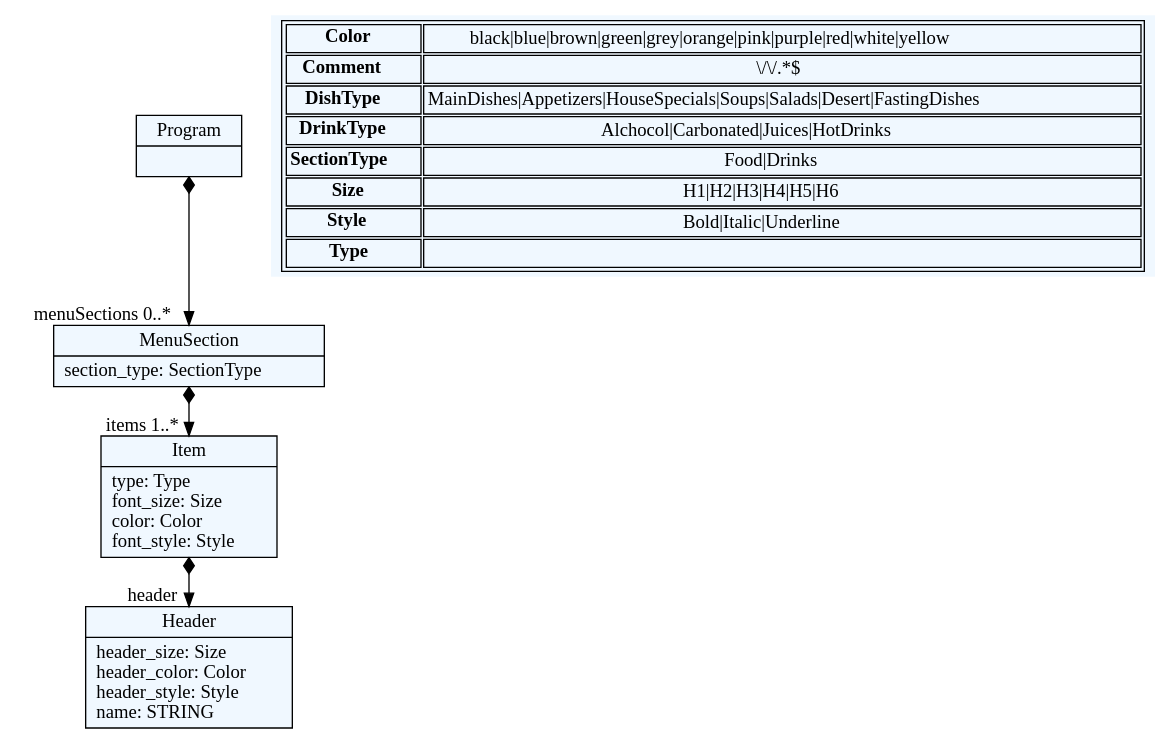
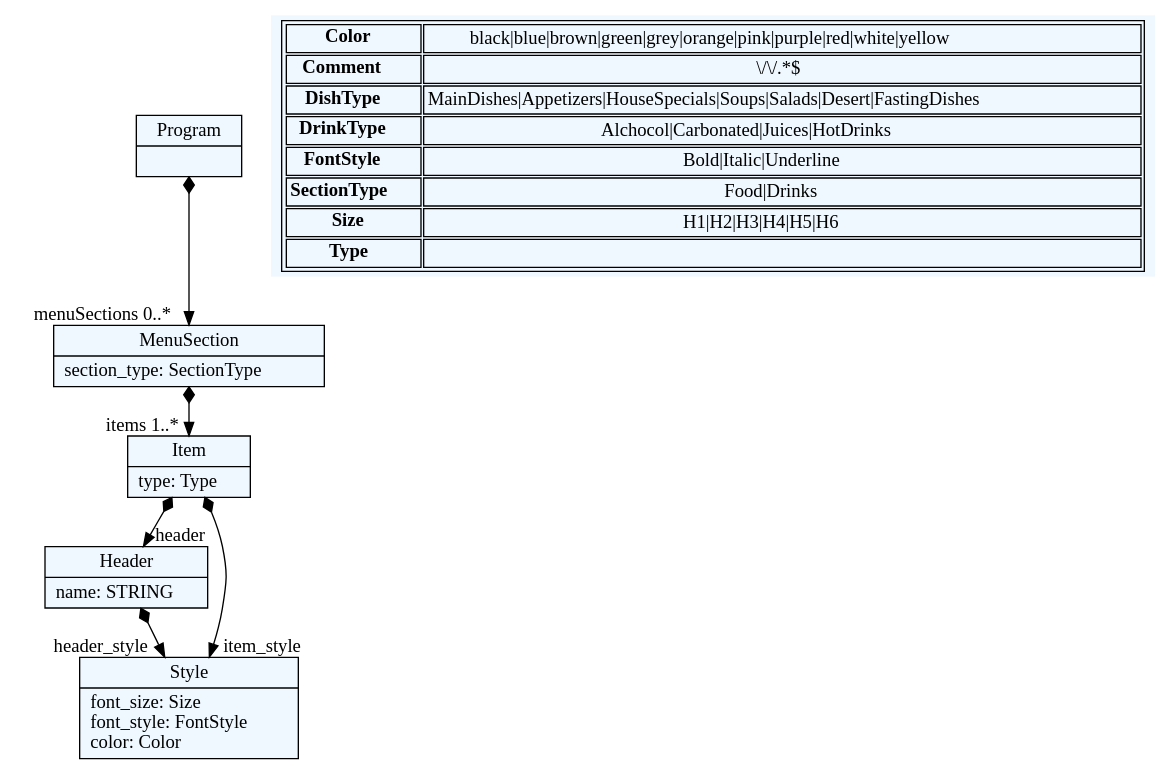
The diagram in menuDSL/menu/menu.dot (marijamilanovic/DSL), drawn with Graphviz before and after one commit. The commit also changed 2 other files, not shown here.

```diff
--- a/menuDSL/menu/menu.dot
+++ b/menuDSL/menu/menu.dot
@@ -1,55 +1,59 @@
 
     digraph textX {
     fontname = "Bitstream Vera Sans"
     fontsize = 8
     node[
         shape=record,
         style=filled,
         fillcolor=aliceblue
     ]
     nodesep = 0.3
     edge[dir=black,arrowtail=empty]
 
 
-2651901295136[ label="{Program|}"]
+2240634552992[ label="{Program|}"]
 
-2651901289376[ label="{MenuSection|section_type: SectionType\l}"]
+2240634553936[ label="{MenuSection|section_type: SectionType\l}"]
 
-2651901306656[ label="{Item|type: Type\lfont_size: Size\lcolor: Color\lfont_style: Style\l}"]
+2240634571872[ label="{Item|type: Type\l}"]
 
-2651901183776[ label="{Header|header_size: Size\lheader_color: Color\lheader_style: Style\lname: STRING\l}"]
+2240634554880[ label="{Header|name: STRING\l}"]
+
+2240634579424[ label="{Style|font_size: Size\lfont_style: FontStyle\lcolor: Color\l}"]
 
 
 
-2651901295136 -> 2651901289376[arrowtail=diamond, dir=both, headlabel="menuSections 0..*"]
-2651901289376 -> 2651901306656[arrowtail=diamond, dir=both, headlabel="items 1..*"]
-2651901306656 -> 2651901183776[arrowtail=diamond, dir=both, headlabel="header "]
+2240634552992 -> 2240634553936[arrowtail=diamond, dir=both, headlabel="menuSections 0..*"]
+2240634553936 -> 2240634571872[arrowtail=diamond, dir=both, headlabel="items 1..*"]
+2240634571872 -> 2240634554880[arrowtail=diamond, dir=both, headlabel="header "]
+2240634571872 -> 2240634579424[arrowtail=diamond, dir=both, headlabel="item_style "]
+2240634554880 -> 2240634579424[arrowtail=diamond, dir=both, headlabel="header_style "]
 match_rules [ shape=plaintext, label=< <table>
 	<tr>
 		<td><b>Color</b></td><td>black|blue|brown|green|grey|orange|pink|purple|red|white|yellow</td>
 	</tr>
 	<tr>
 		<td><b>Comment</b></td><td>\/\/.*$</td>
 	</tr>
 	<tr>
 		<td><b>DishType</b></td><td>MainDishes|Appetizers|HouseSpecials|Soups|Salads|Desert|FastingDishes</td>
 	</tr>
 	<tr>
 		<td><b>DrinkType</b></td><td>Alchocol|Carbonated|Juices|HotDrinks</td>
 	</tr>
 	<tr>
+		<td><b>FontStyle</b></td><td>Bold|Italic|Underline</td>
+	</tr>
+	<tr>
 		<td><b>SectionType</b></td><td>Food|Drinks</td>
 	</tr>
 	<tr>
 		<td><b>Size</b></td><td>H1|H2|H3|H4|H5|H6</td>
-	</tr>
-	<tr>
-		<td><b>Style</b></td><td>Bold|Italic|Underline</td>
 	</tr>
 	<tr>
 		<td><b>Type</b></td><td></td>
 	</tr>
 </table> >]
 
 
 }
```
